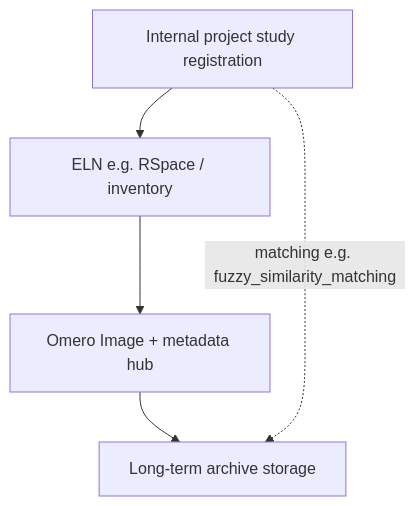
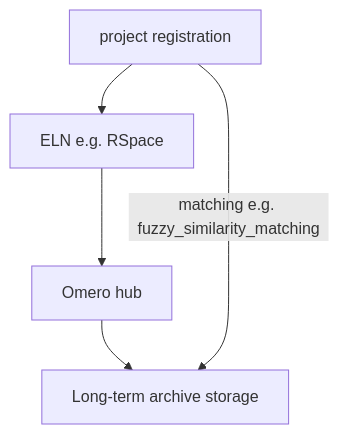
One commit to SaibotMagd/RDM_system_connector changed the diagram in README.md. Above: the diagram before and after it, drawn with Mermaid. The commit also changed other lines of this file and 6 other files, not shown here.

````diff
--- a/README.md
+++ b/README.md
@@ -20,8 +29,7 @@
 ```mermaid
 graph TD
-    A[Internal project study registration] --> B[ELN e.g. RSpace / inventory]
-    B --> C[Omero Image + metadata hub]
+    A[project registration] --> B[ELN e.g. RSpace]
+    B --> C[Omero hub]
     C --> D[Long-term archive storage]
-
-    A -.->|matching e.g. fuzzy_similarity_matching| D
+    A -- matching e.g. fuzzy_similarity_matching --> D
 ```
````
